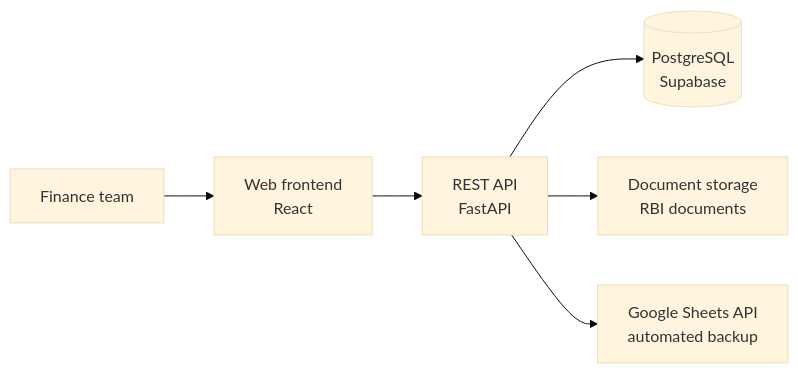
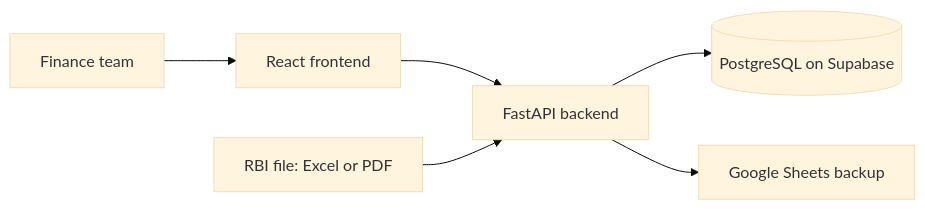
One commit to suzantadha1/mstrace-case-study changed the diagram in README.md. Above: the diagram before and after it, drawn with Mermaid (base theme). The commit also changed other lines of this file and 2 other files, not shown here.

````diff
--- a/README.md
+++ b/README.md
@@ -25,8 +38,8 @@
 ```mermaid
 flowchart LR
-    U[Finance team] --> F[Web frontend<br/>React]
-    F --> API[REST API<br/>FastAPI]
-    API --> D[(PostgreSQL<br/>Supabase)]
-    API --> S[Document storage<br/>RBI documents]
-    API --> G[Google Sheets API<br/>automated backup]
+    U[Finance team] --> F[React frontend]
+    F --> API[FastAPI backend]
+    API --> D[(PostgreSQL on Supabase)]
+    API --> G[Google Sheets backup]
+    R[RBI file: Excel or PDF] --> API
 ```
````
